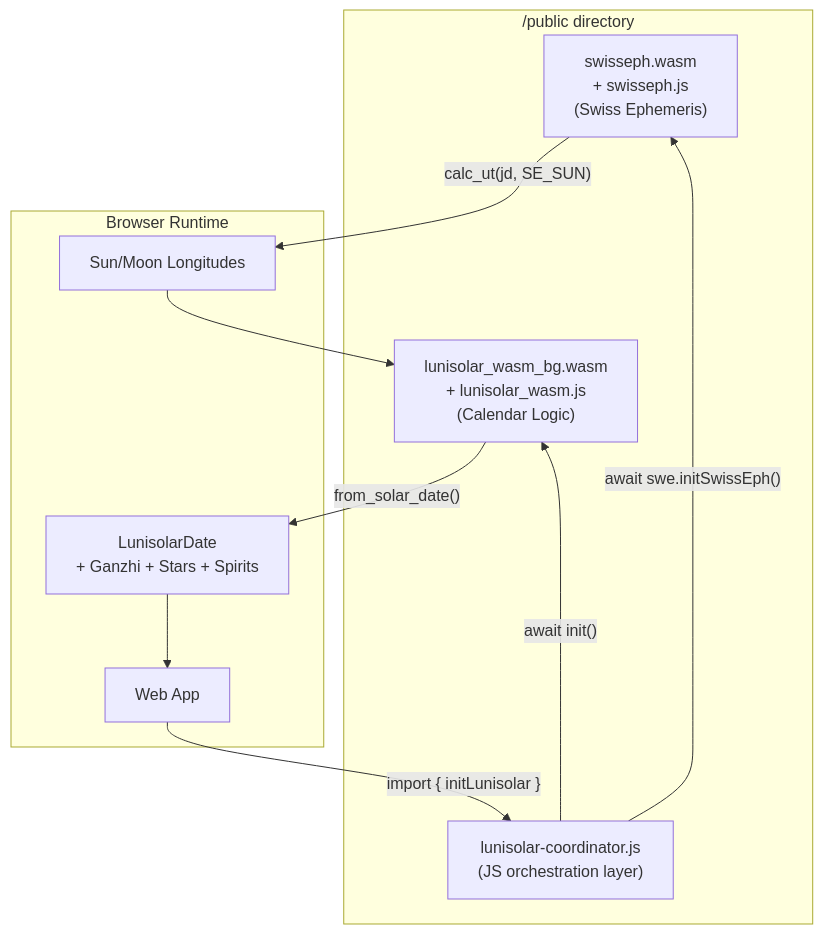
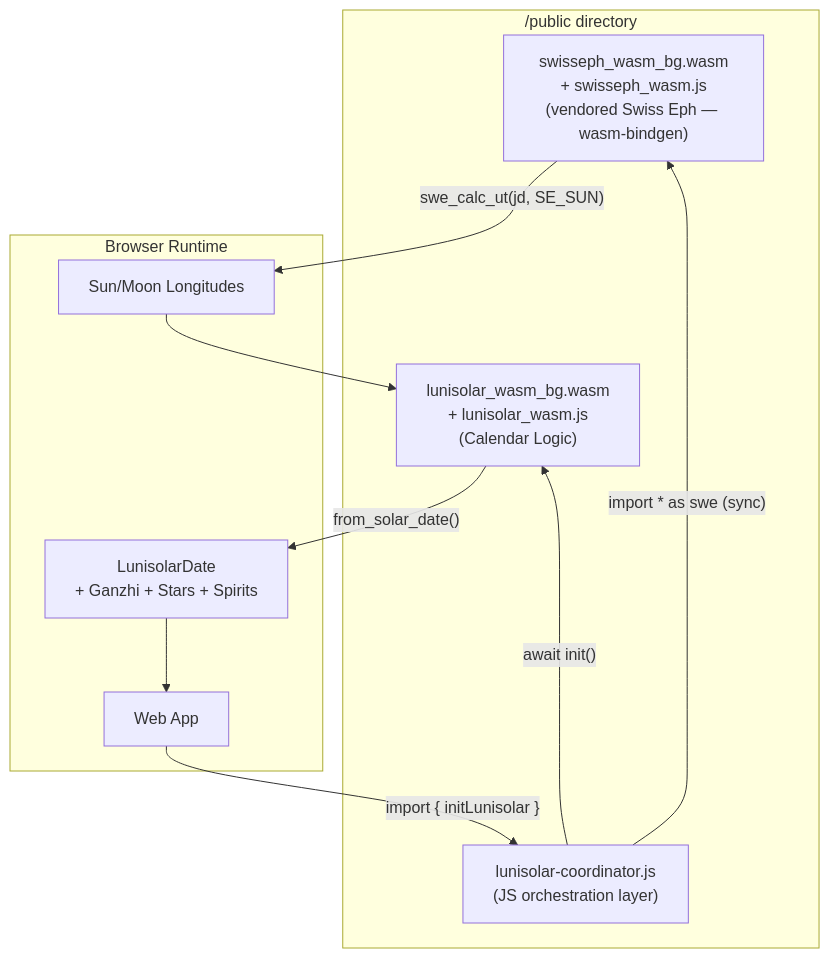
One commit to huydhoang/lunisolar-calendar changed the second of 4 diagrams in @specs/wasm.md. Above: the diagram before and after it, drawn with Mermaid. The commit also changed other lines of this file and 1 other file, not shown here.

First line of the commit message:
docs: update @specs with actual benchmark data and vendored wasm-bindgen approach

````diff
--- a/@specs/wasm.md
+++ b/@specs/wasm.md
@@ -103,18 +107,18 @@
 ```mermaid
 graph TD
     subgraph "/public directory"
-        SW_WASM["swisseph.wasm<br/>+ swisseph.js<br/>(Swiss Ephemeris)"]
+        SW_WASM["swisseph_wasm_bg.wasm<br/>+ swisseph_wasm.js<br/>(vendored Swiss Eph — wasm-bindgen)"]
         LW_WASM["lunisolar_wasm_bg.wasm<br/>+ lunisolar_wasm.js<br/>(Calendar Logic)"]
         COORD["lunisolar-coordinator.js<br/>(JS orchestration layer)"]
     end
 
     subgraph "Browser Runtime"
         APP[Web App] -->|"import { initLunisolar }"| COORD
-        COORD -->|"await swe.initSwissEph()"| SW_WASM
+        COORD -->|"import * as swe (sync)"| SW_WASM
         COORD -->|"await init()"| LW_WASM
-        SW_WASM -->|"calc_ut(jd, SE_SUN)"| EPH_DATA[Sun/Moon Longitudes]
+        SW_WASM -->|"swe_calc_ut(jd, SE_SUN)"| EPH_DATA[Sun/Moon Longitudes]
         EPH_DATA --> LW_WASM
         LW_WASM -->|"from_solar_date()"| RESULT[LunisolarDate<br/>+ Ganzhi + Stars + Spirits]
         RESULT --> APP
     end
 ```
````
